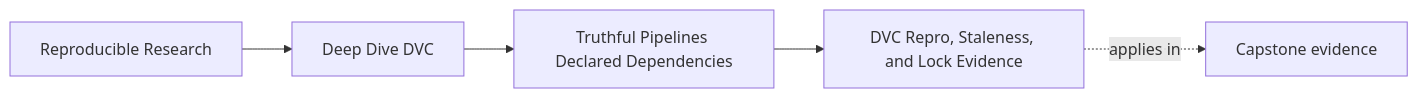
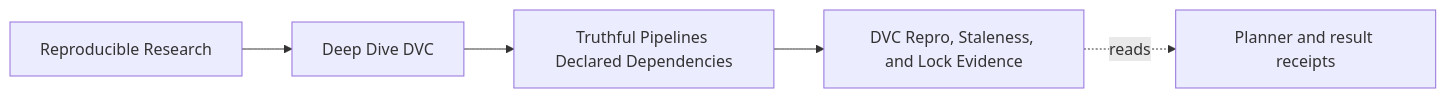
One commit to bijux/bijux-masterclass changed the first of 3 diagrams in programs/reproducible-research/deep-dive-dvc/course-book/module-04-truthful-pipelines-declared-dependencies/dvc-repro-staleness-and-lock-evidence.md. Above: the diagram before and after it, drawn with Mermaid. The commit also changed other lines of this file, not shown here.

Commit message:
docs(dvc): read staleness evidence in time order

````diff
--- a/programs/reproducible-research/deep-dive-dvc/course-book/module-04-truthful-pipelines-declared-dependencies/dvc-repro-staleness-and-lock-evidence.md
+++ b/programs/reproducible-research/deep-dive-dvc/course-book/module-04-truthful-pipelines-declared-dependencies/dvc-repro-staleness-and-lock-evidence.md
@@ -7,11 +6,11 @@
 ```mermaid
 graph LR
   family["Reproducible Research"]
   program["Deep Dive DVC"]
   section["Truthful Pipelines Declared Dependencies"]
   page["DVC Repro, Staleness, and Lock Evidence"]
-  capstone["Capstone evidence"]
+  capstone["Planner and result receipts"]
 
   family --> program --> section --> page
-  page -.applies in.-> capstone
+  page -.reads.-> capstone
 ```
````
